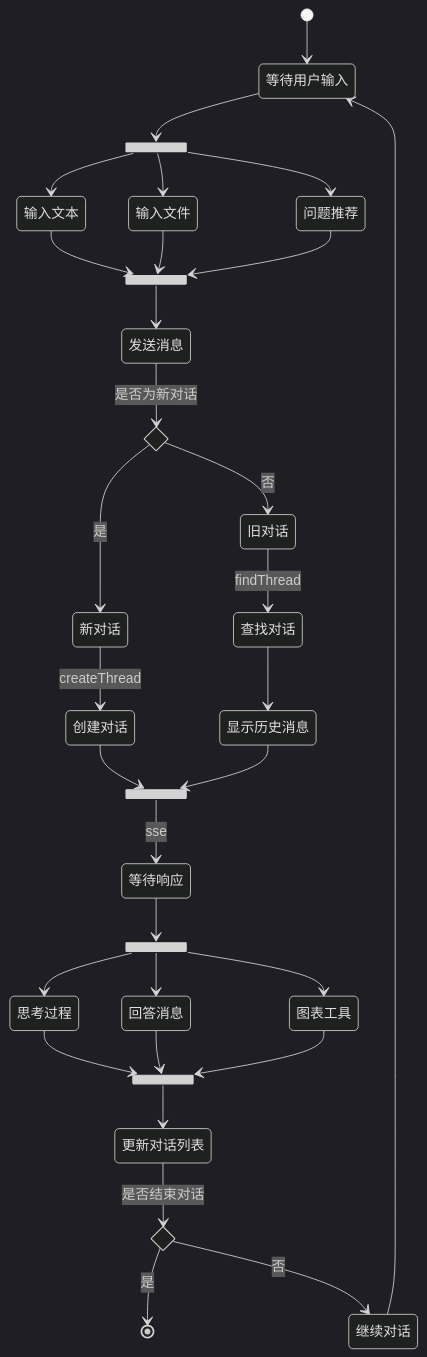
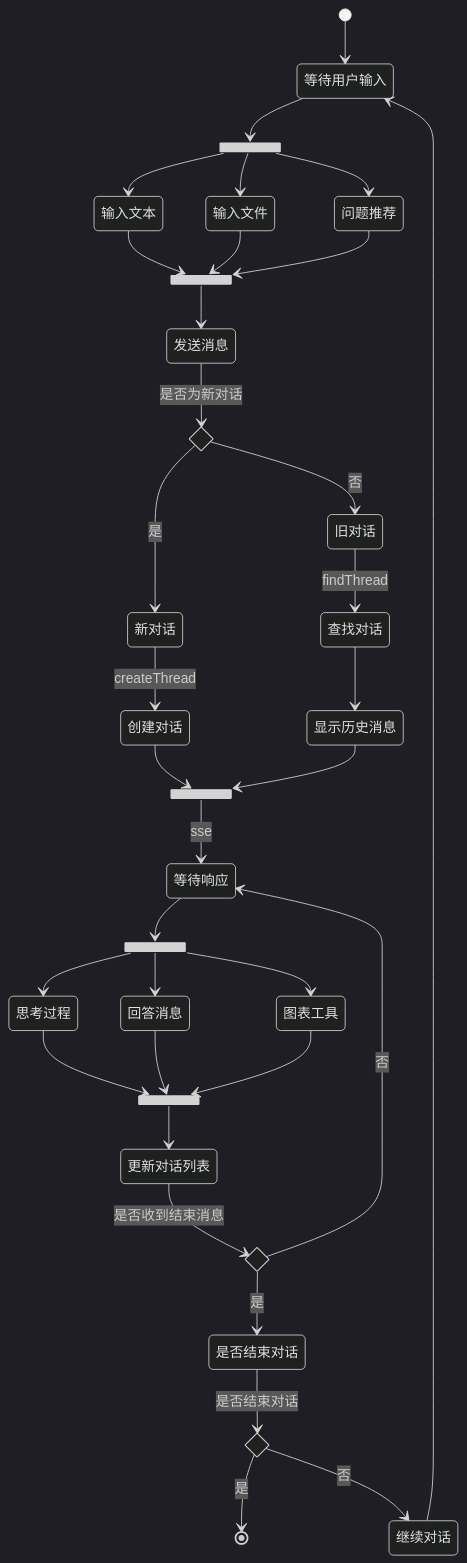
Before and after one commit to Gao-Jinlong/ai-assistant: the first of 2 diagrams in docs/conversation.md, drawn with Mermaid (dark theme). The commit also changed other lines of this file and 18 other files, not shown here.

````diff
--- a/docs/conversation.md
+++ b/docs/conversation.md
@@ -7,55 +7,61 @@
 ```mermaid
 stateDiagram-v2
     
 
     [*] --> 等待用户输入
     state input_method <<fork>>
     等待用户输入 --> input_method
     input_method --> 输入文本
     input_method --> 输入文件
     input_method --> 问题推荐
 
     state send_wait <<join>>
     输入文本 --> send_wait
     输入文件 --> send_wait
     问题推荐 --> send_wait
 
     state is_new <<choice>>
     send_wait --> 发送消息
     发送消息 --> is_new: 是否为新对话
     is_new --> 新对话: 是
     is_new --> 旧对话: 否
 
     新对话 --> 创建对话: createThread
 
     旧对话 --> 查找对话: findThread
     查找对话 --> 显示历史消息
 
     state send_message <<join>>
     创建对话 --> send_message
     显示历史消息 --> send_message
 
     send_message --> 等待响应: sse
 
     state response_wait <<join>>
     等待响应 --> response_wait
 
     response_wait --> 思考过程
     response_wait --> 回答消息
     response_wait --> 图表工具
 
     state display_message <<join>>
     思考过程 --> display_message
     回答消息 --> display_message
     图表工具 --> display_message
 
     display_message --> 更新对话列表
+    
+    state response_end <<choice>>
+
+    更新对话列表 --> response_end : 是否收到结束消息
+    response_end --> 是否结束对话 : 是
+    response_end --> 等待响应: 否
 
     state is_end <<choice>>
-    更新对话列表 --> is_end : 是否结束对话
+    是否结束对话 --> is_end : 是否结束对话
     is_end --> [*] : 是
     is_end --> 继续对话 : 否
 
     继续对话 --> 等待用户输入
 
 ```
````
